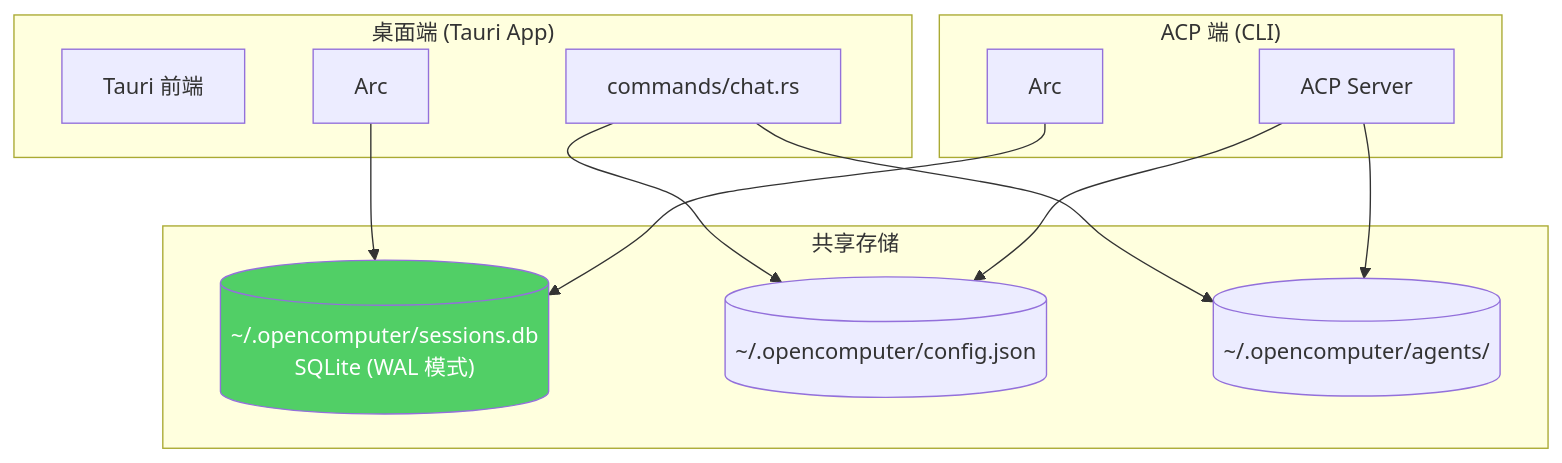
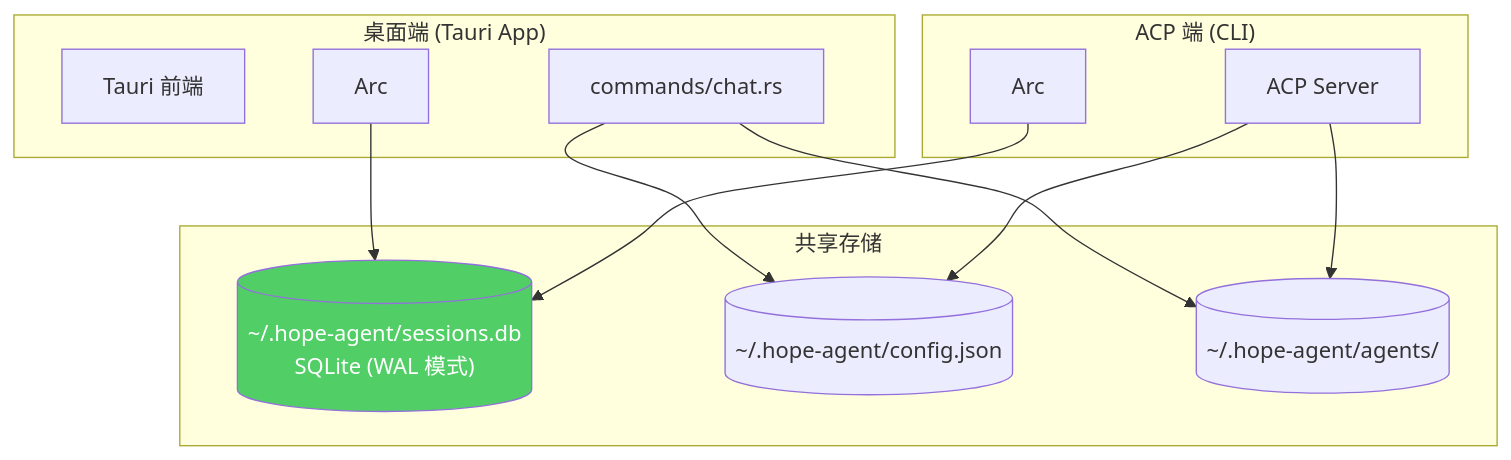
Diagram 11 of 11 in docs/architecture/acp.md (shiwenwen/hope-agent), drawn with Mermaid before and after one commit. The commit also changed other lines of this file and 727 other files, not shown here.

First line of the commit message:
chore(rename): OpenComputer → Hope Agent（随 0.1.0 首发一把切换）

````diff
--- a/docs/architecture/acp.md
+++ b/docs/architecture/acp.md
@@ -513,28 +513,28 @@
 ```mermaid
 graph TB
     subgraph "桌面端 (Tauri App)"
         TAURI["Tauri 前端"]
         CHAT_CMD["commands/chat.rs"]
         TAURI_DB["Arc<SessionDB>"]
     end
 
     subgraph "ACP 端 (CLI)"
         ACP_SERVER["ACP Server"]
         ACP_DB["Arc<SessionDB>"]
     end
 
     subgraph "共享存储"
-        SQLITE[("~/.opencomputer/sessions.db<br/>SQLite (WAL 模式)")]
-        CONFIG_JSON[("~/.opencomputer/config.json")]
-        AGENTS_FS[("~/.opencomputer/agents/")]
+        SQLITE[("~/.hope-agent/sessions.db<br/>SQLite (WAL 模式)")]
+        CONFIG_JSON[("~/.hope-agent/config.json")]
+        AGENTS_FS[("~/.hope-agent/agents/")]
     end
 
     TAURI_DB --> SQLITE
     ACP_DB --> SQLITE
     CHAT_CMD --> CONFIG_JSON
     ACP_SERVER --> CONFIG_JSON
     CHAT_CMD --> AGENTS_FS
     ACP_SERVER --> AGENTS_FS
 
     style SQLITE fill:#51cf66,color:#fff
 ```
````
